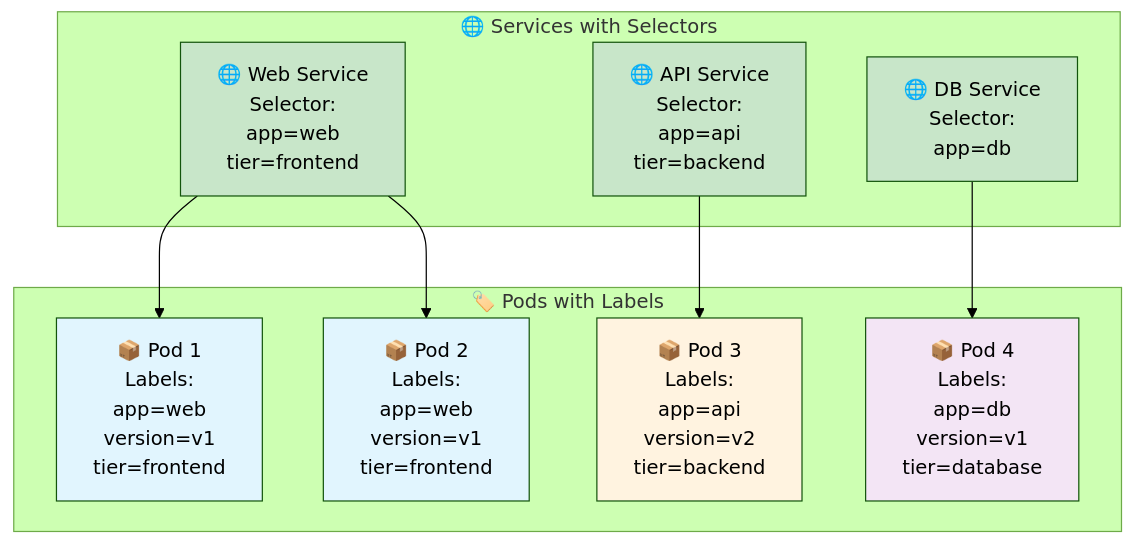
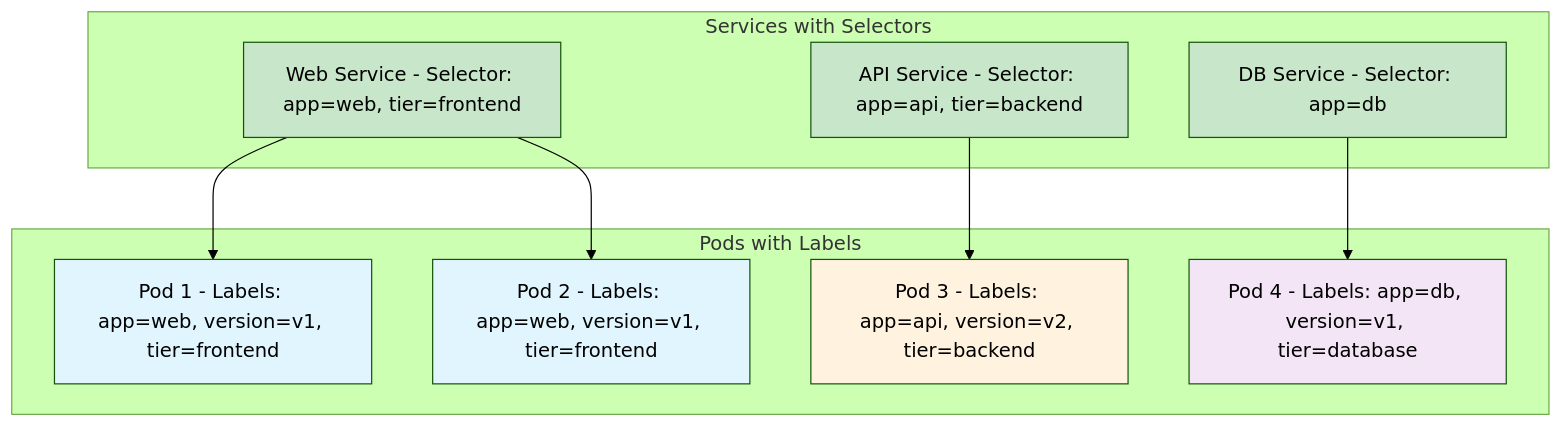
Before and after one commit to manikcloud/cloud-devops-learning-path: the fifth of 26 diagrams in Section-2-DevOps/Session-7_Kubernetes/04-services-networking/README.md, drawn with Mermaid (forest theme). The commit also changed other lines of this file, not shown here.

First line of the commit message:
Fix mermaid diagram syntax errors - Part 1

````diff
--- a/Section-2-DevOps/Session-7_Kubernetes/04-services-networking/README.md
+++ b/Section-2-DevOps/Session-7_Kubernetes/04-services-networking/README.md
@@ -166,28 +166,28 @@
 ```mermaid
 graph TB
-    subgraph "🏷️ Pods with Labels"
-        POD1[📦 Pod 1<br/>Labels:<br/>app=web<br/>version=v1<br/>tier=frontend]
-        POD2[📦 Pod 2<br/>Labels:<br/>app=web<br/>version=v1<br/>tier=frontend]
-        POD3[📦 Pod 3<br/>Labels:<br/>app=api<br/>version=v2<br/>tier=backend]
-        POD4[📦 Pod 4<br/>Labels:<br/>app=db<br/>version=v1<br/>tier=database]
+    subgraph "Pods with Labels"
+        POD1[Pod 1 - Labels: app=web, version=v1, tier=frontend]
+        POD2[Pod 2 - Labels: app=web, version=v1, tier=frontend]
+        POD3[Pod 3 - Labels: app=api, version=v2, tier=backend]
+        POD4[Pod 4 - Labels: app=db, version=v1, tier=database]
     end
     
-    subgraph "🌐 Services with Selectors"
-        SVC1[🌐 Web Service<br/>Selector:<br/>app=web<br/>tier=frontend]
-        SVC2[🌐 API Service<br/>Selector:<br/>app=api<br/>tier=backend]
-        SVC3[🌐 DB Service<br/>Selector:<br/>app=db]
+    subgraph "Services with Selectors"
+        SVC1[Web Service - Selector: app=web, tier=frontend]
+        SVC2[API Service - Selector: app=api, tier=backend]
+        SVC3[DB Service - Selector: app=db]
     end
     
     SVC1 --> POD1
     SVC1 --> POD2
     SVC2 --> POD3
     SVC3 --> POD4
     
     style POD1 fill:#e1f5fe
     style POD2 fill:#e1f5fe
     style POD3 fill:#fff3e0
     style POD4 fill:#f3e5f5
     style SVC1 fill:#c8e6c9
     style SVC2 fill:#c8e6c9
     style SVC3 fill:#c8e6c9
 ```
````
